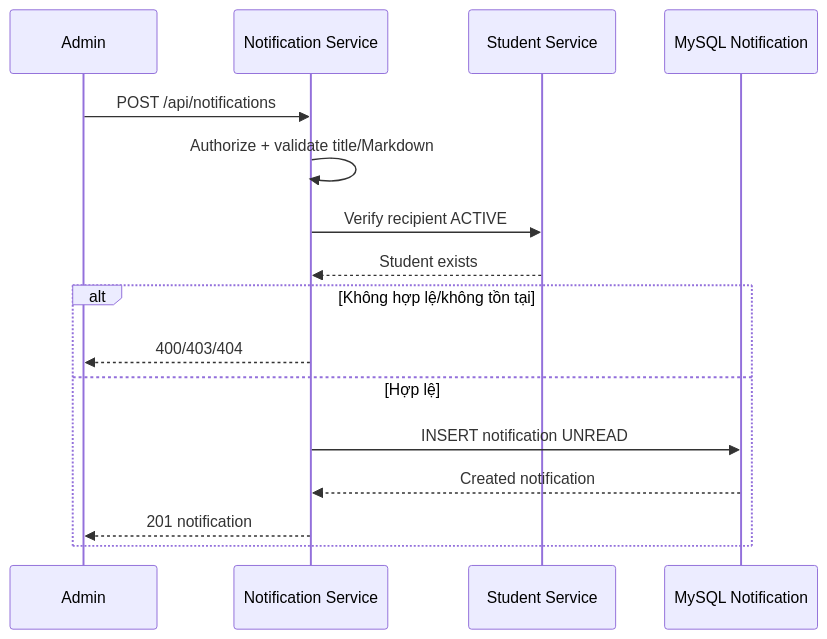
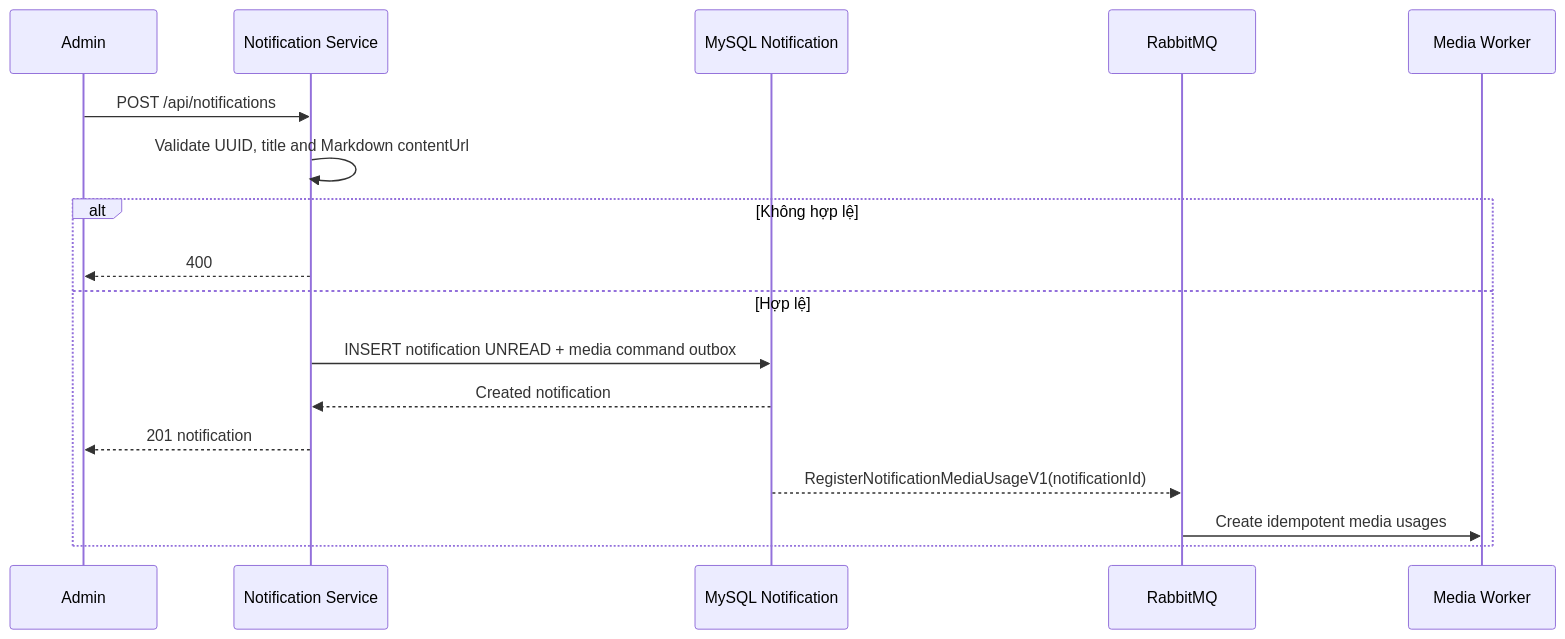
Before and after one commit to Minhduc7904/MiniProjectTrainingKaopiz: the first of 3 diagrams in ducnm3/docs/business-flows/notifications/single-notification-and-inbox.md, drawn with Mermaid. The commit also changed other lines of this file and 48 other files, not shown here.

Commit message:
feat(notification-service): add GET endpoint for retrieving notification details by ID

````diff
--- a/ducnm3/docs/business-flows/notifications/single-notification-and-inbox.md
+++ b/ducnm3/docs/business-flows/notifications/single-notification-and-inbox.md
@@ -21,19 +21,20 @@
 ```mermaid
 sequenceDiagram
     participant Admin
     participant API as Notification Service
-    participant Student as Student Service
     participant DB as MySQL Notification
+    participant Bus as RabbitMQ
+    participant Media as Media Worker
 
     Admin->>API: POST /api/notifications
-    API->>API: Authorize + validate title/Markdown
-    API->>Student: Verify recipient ACTIVE
-    Student-->>API: Student exists
-    alt Không hợp lệ/không tồn tại
-        API-->>Admin: 400/403/404
+    API->>API: Validate UUID, title and Markdown contentUrl
+    alt Không hợp lệ
+        API-->>Admin: 400
     else Hợp lệ
-        API->>DB: INSERT notification UNREAD
+        API->>DB: INSERT notification UNREAD + media command outbox
         DB-->>API: Created notification
         API-->>Admin: 201 notification
+        DB-->>Bus: RegisterNotificationMediaUsageV1(notificationId)
+        Bus->>Media: Create idempotent media usages
     end
 ```
````
